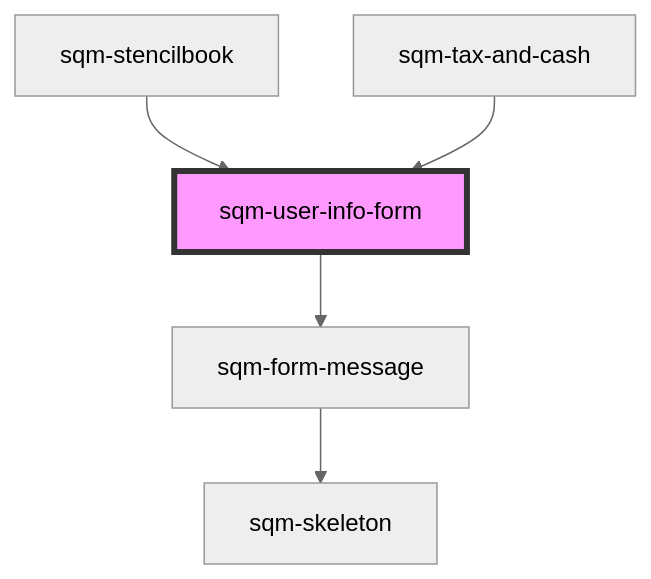
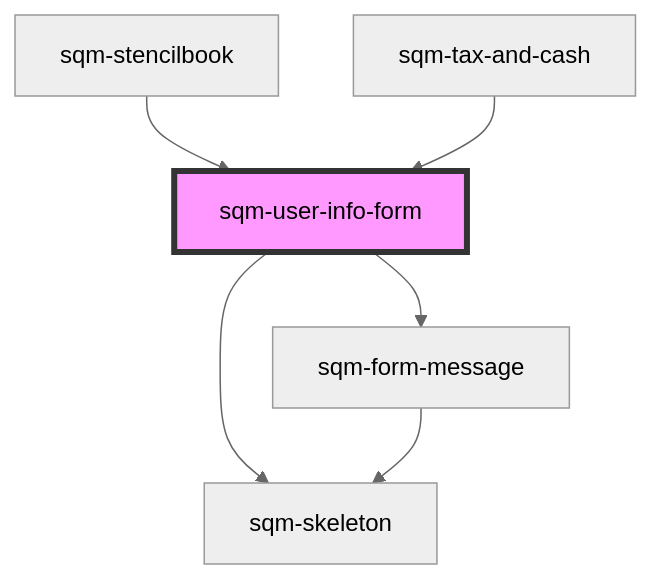
One commit to saasquatch/program-tools changed the diagram in packages/mint-components/src/components/tax-and-cash/sqm-user-info-form/readme.md. Above: the diagram before and after it, drawn with Mermaid (neutral theme). The commit also changed other lines of this file and 15 other files, not shown here.

````diff
--- a/packages/mint-components/src/components/tax-and-cash/sqm-user-info-form/readme.md
+++ b/packages/mint-components/src/components/tax-and-cash/sqm-user-info-form/readme.md
@@ -59,8 +60,9 @@
 ```mermaid
 graph TD;
   sqm-user-info-form --> sqm-form-message
+  sqm-user-info-form --> sqm-skeleton
   sqm-form-message --> sqm-skeleton
   sqm-stencilbook --> sqm-user-info-form
   sqm-tax-and-cash --> sqm-user-info-form
   style sqm-user-info-form fill:#f9f,stroke:#333,stroke-width:4px
 ```
````
